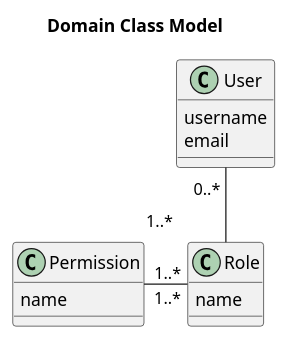
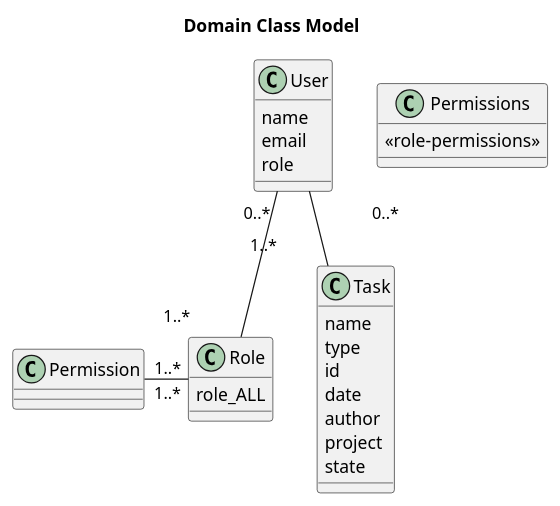
Before and after one commit to bzg/bugpile: diagram 22 of 44 in doc/worg/org-contrib/gsoc2012/student-projects/bugpile/i.org, drawn with PlantUML. The commit also changed other lines of this file and 1 other file, not shown here.

```diff
--- a/doc/worg/org-contrib/gsoc2012/student-projects/bugpile/i.org
+++ b/doc/worg/org-contrib/gsoc2012/student-projects/bugpile/i.org
@@ -1073,8 +1073,13 @@
 #+begin_src plantuml :file ../../../../images/gsoc/2012/bugpile/domain-class-uml.png 
   title Domain Class Model
-  User : username\nemail
-  Role : name 
-  Permission : name
+  User : name\nemail\nrole
+  Role : role_ALL
+  Permissions : <<role-permissions>>
+  Task : name\ntype\nid\ndate\nauthor\nproject\nstate
+  
   User "             0..*" -down- "1..*           " Role
   Role "1..*" -left- "1..*" Permission
+  User "             0..*" -down- "1..*           " Task
+  
+  
 #+end_src
```
